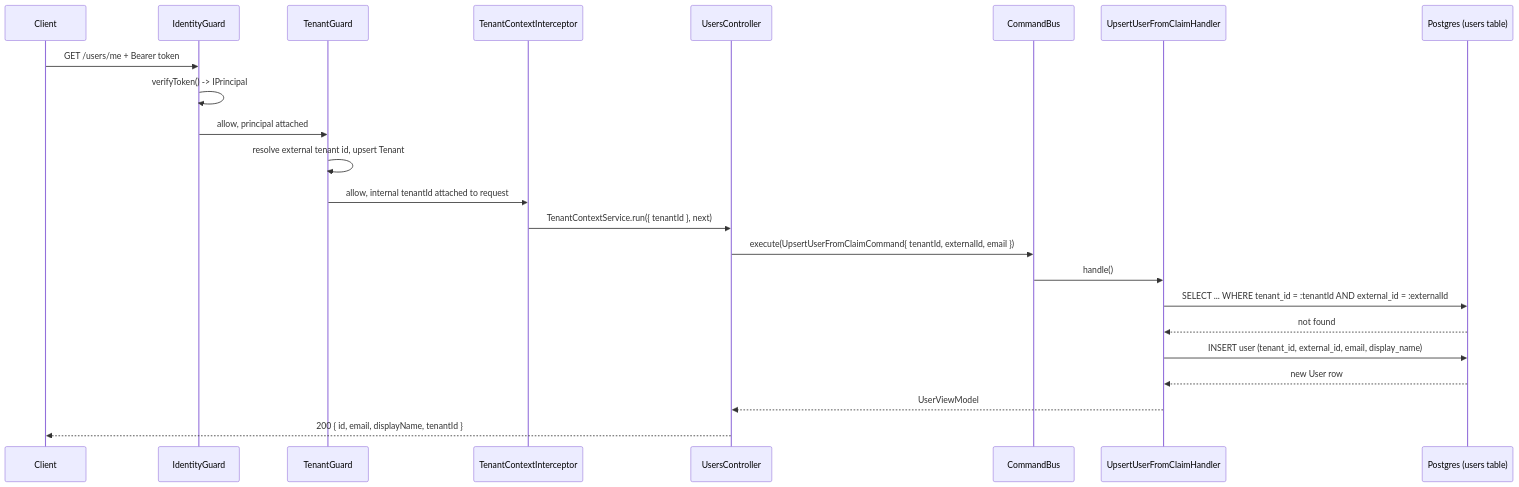
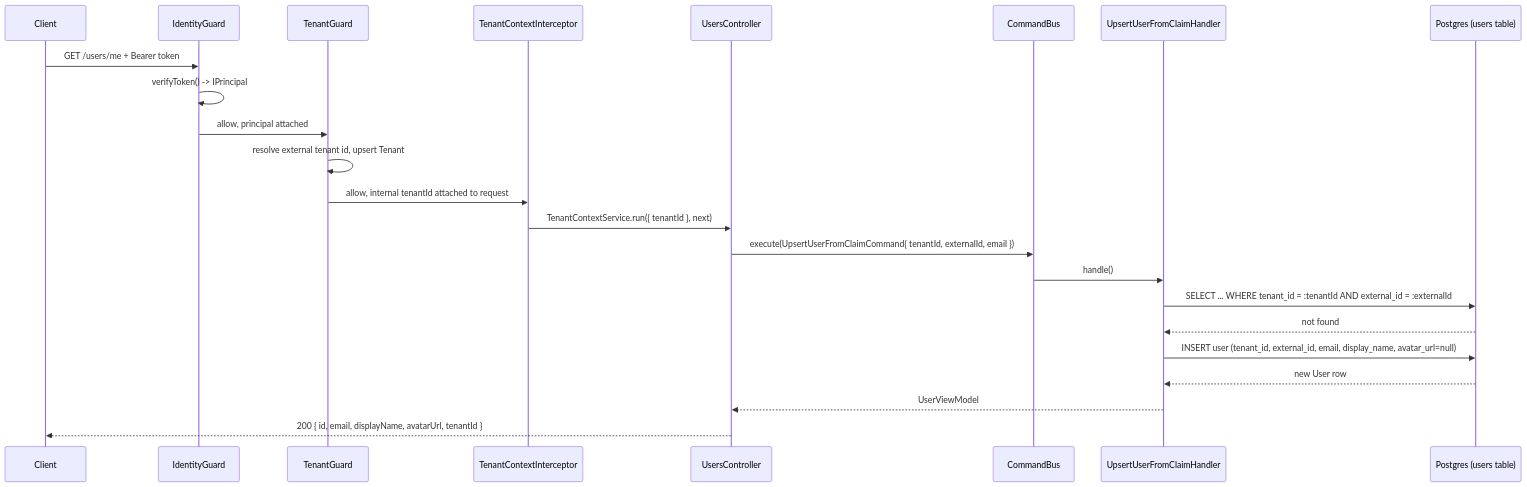
The first of 2 diagrams in openspec/changes/add-users-context/design.md (sisques-labs/nestjs-template), drawn with Mermaid before and after one commit. The commit also changed other lines of this file and 4 other files, not shown here.

````diff
--- a/openspec/changes/add-users-context/design.md
+++ b/openspec/changes/add-users-context/design.md
@@ -159,26 +178,26 @@
 ```mermaid
 sequenceDiagram
     participant Client
     participant IdentityGuard
     participant TenantGuard
     participant Interceptor as TenantContextInterceptor
     participant Controller as UsersController
     participant CommandBus
     participant Handler as UpsertUserFromClaimHandler
     participant DB as Postgres (users table)
 
     Client->>IdentityGuard: GET /users/me + Bearer token
     IdentityGuard->>IdentityGuard: verifyToken() -> IPrincipal
     IdentityGuard->>TenantGuard: allow, principal attached
     TenantGuard->>TenantGuard: resolve external tenant id, upsert Tenant
     TenantGuard->>Interceptor: allow, internal tenantId attached to request
     Interceptor->>Controller: TenantContextService.run({ tenantId }, next)
     Controller->>CommandBus: execute(UpsertUserFromClaimCommand{ tenantId, externalId, email })
     CommandBus->>Handler: handle()
     Handler->>DB: SELECT ... WHERE tenant_id = :tenantId AND external_id = :externalId
     DB-->>Handler: not found
-    Handler->>DB: INSERT user (tenant_id, external_id, email, display_name)
+    Handler->>DB: INSERT user (tenant_id, external_id, email, display_name, avatar_url=null)
     DB-->>Handler: new User row
     Handler-->>Controller: UserViewModel
-    Controller-->>Client: 200 { id, email, displayName, tenantId }
+    Controller-->>Client: 200 { id, email, displayName, avatarUrl, tenantId }
 ```
````
